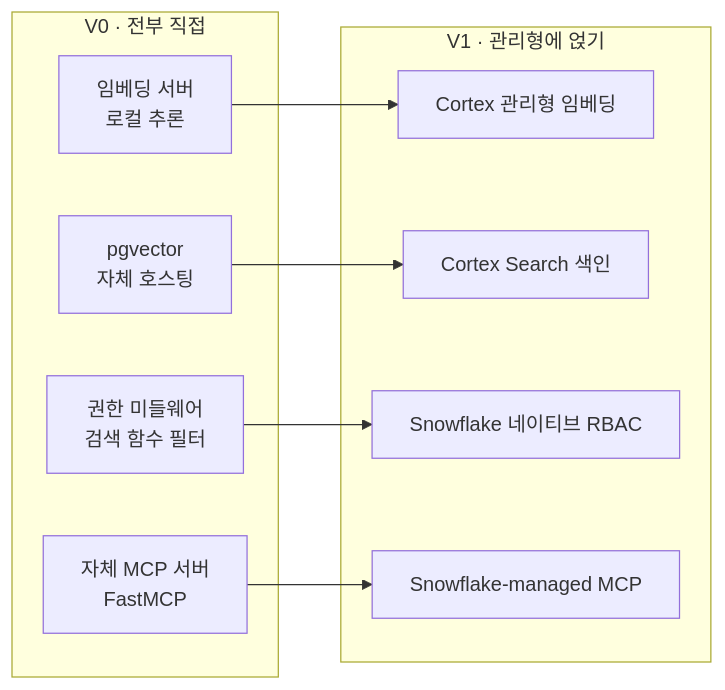
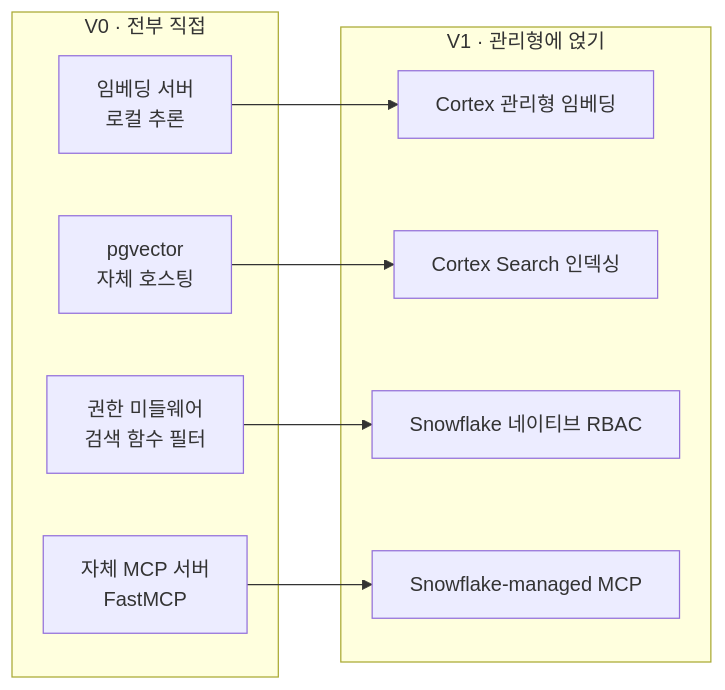
One commit to RJ-Stony/injoy changed the first of 2 diagrams in src/content/posts/rag-4-managed-pivot.md. Above: the diagram before and after it, drawn with Mermaid. The commit also changed other lines of this file and 1 other file, not shown here.

````diff
--- a/src/content/posts/rag-4-managed-pivot.md
+++ b/src/content/posts/rag-4-managed-pivot.md
@@ -49,19 +49,19 @@
 ```mermaid
 flowchart LR
     subgraph V0["V0 · 전부 직접"]
         E0["임베딩 서버<br/>로컬 추론"]
         P0["pgvector<br/>자체 호스팅"]
         M0["권한 미들웨어<br/>검색 함수 필터"]
         S0["자체 MCP 서버<br/>FastMCP"]
     end
     subgraph V1["V1 · 관리형에 얹기"]
         E1["Cortex 관리형 임베딩"]
-        P1["Cortex Search 색인"]
+        P1["Cortex Search 인덱싱"]
         M1["Snowflake 네이티브 RBAC"]
         S1["Snowflake-managed MCP"]
     end
     E0 --> E1
     P0 --> P1
     M0 --> M1
     S0 --> S1
 ```
````
